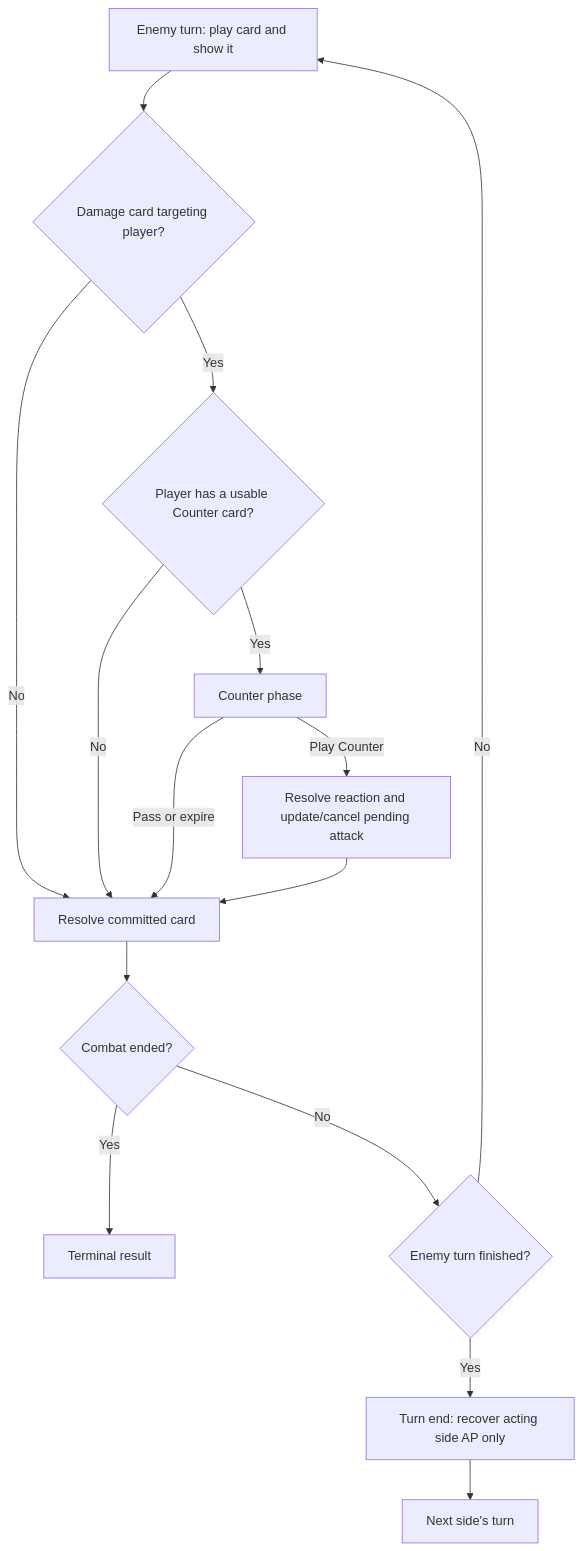
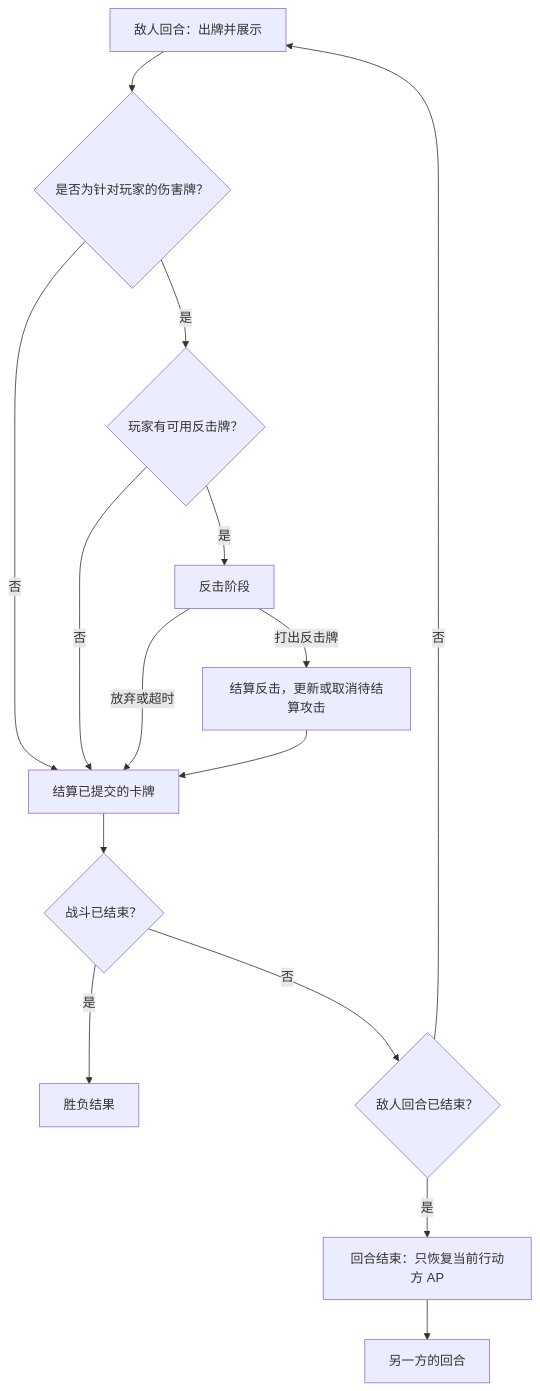
Before and after one commit to TyoukabuN/ActionDBG: the diagram in doc/features/cinematic-qte/design.md, drawn with Mermaid. The commit also changed other lines of this file and 15 other files, not shown here.

````diff
--- a/doc/features/cinematic-qte/design.md
+++ b/doc/features/cinematic-qte/design.md
@@ -20,17 +20,17 @@
 ```mermaid
 flowchart TD
-  A[Enemy turn: play card and show it] --> B{Damage card targeting player?}
-  B -->|No| F[Resolve committed card]
-  B -->|Yes| C{Player has a usable Counter card?}
-  C -->|No| F
-  C -->|Yes| D[Counter phase]
-  D -->|Play Counter| E[Resolve reaction and update/cancel pending attack]
-  D -->|Pass or expire| F
+  A[敌人回合：出牌并展示] --> B{是否为针对玩家的伤害牌？}
+  B -->|否| F[结算已提交的卡牌]
+  B -->|是| C{玩家有可用反击牌？}
+  C -->|否| F
+  C -->|是| D[反击阶段]
+  D -->|打出反击牌| E[结算反击，更新或取消待结算攻击]
+  D -->|放弃或超时| F
   E --> F
-  F --> G{Combat ended?}
-  G -->|Yes| H[Terminal result]
-  G -->|No| I{Enemy turn finished?}
-  I -->|No| A
-  I -->|Yes| J[Turn end: recover acting side AP only]
-  J --> K[Next side's turn]
+  F --> G{战斗已结束？}
+  G -->|是| H[胜负结果]
+  G -->|否| I{敌人回合已结束？}
+  I -->|否| A
+  I -->|是| J[回合结束：只恢复当前行动方 AP]
+  J --> K[另一方的回合]
 ```
````
